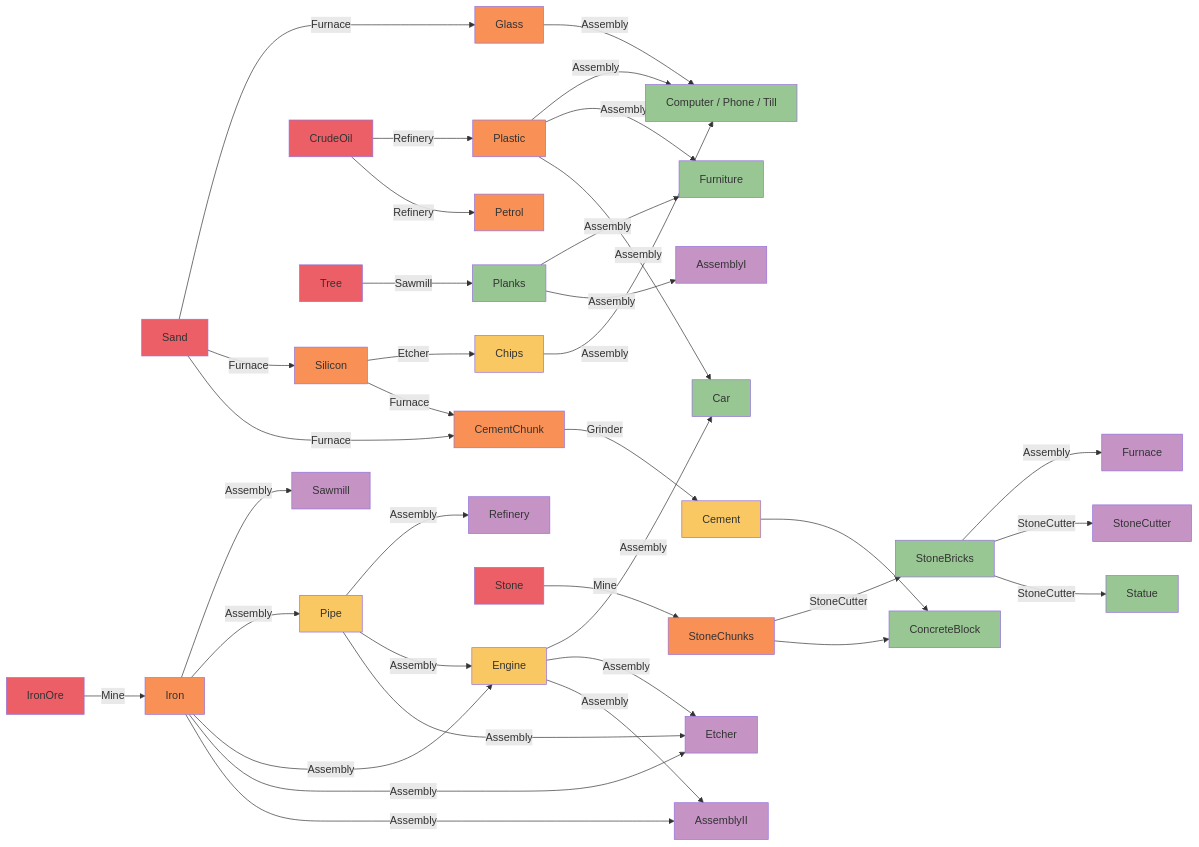
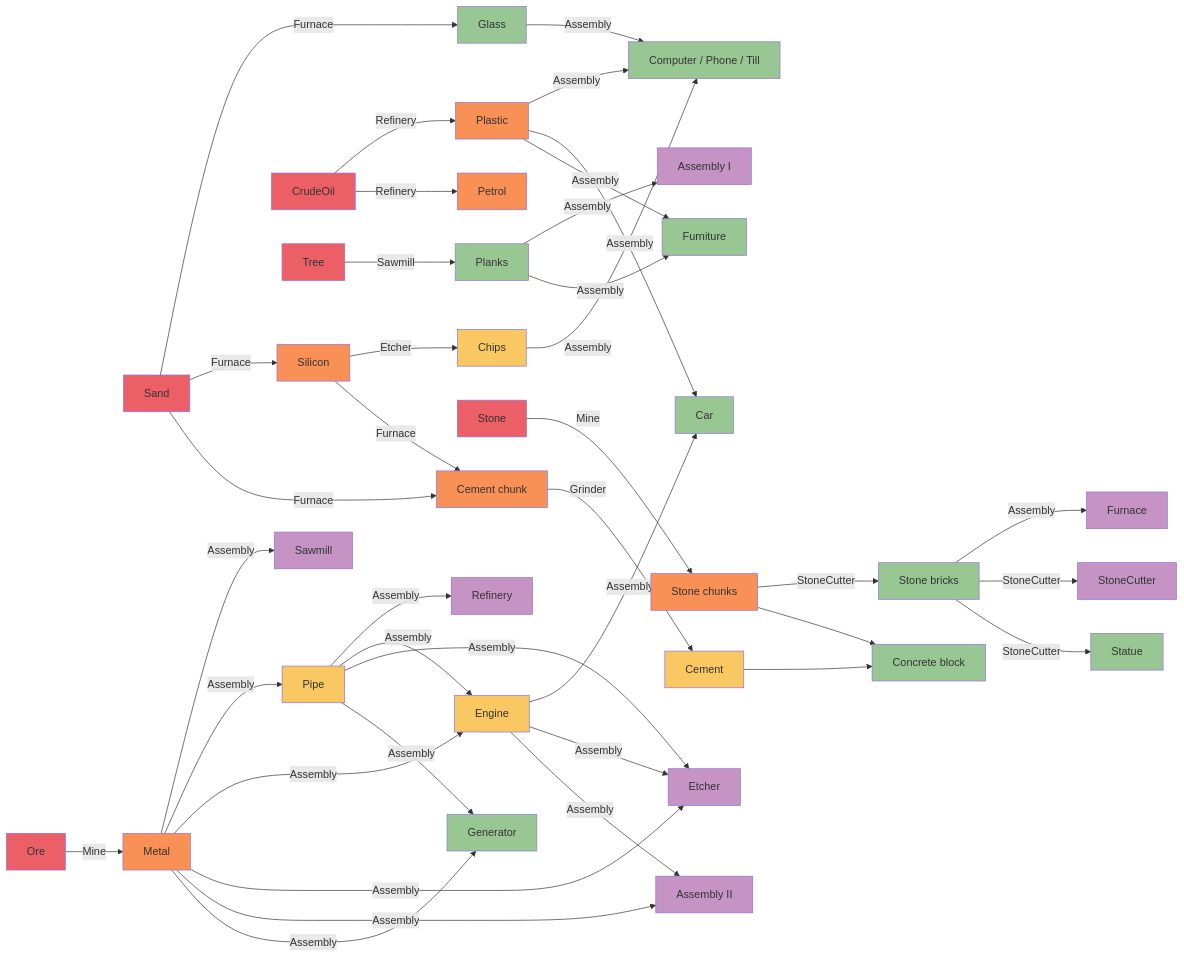
Before and after one commit to CapitalismGame/capitalism_game: the diagram in docs/crafting.mermaid, drawn with Mermaid.

Commit message:
Update craft tree

```diff
--- a/docs/crafting.mermaid
+++ b/docs/crafting.mermaid
@@ -1,68 +1,76 @@
 graph LR
     Tech[Computer / Phone / Till]
+    AssemblyI[Assembly I]
+    AssemblyII[Assembly II]
+    StoneBricks[Stone bricks]
+    StoneChunks[Stone chunks]
+    CementChunk[Cement chunk]
+    ConcreteBlock[Concrete block]
+
 
     Sand -- Furnace --> Glass
     Sand -- Furnace --> Silicon
 
     Silicon -- Etcher --> Chips
 
     CrudeOil -- Refinery --> Plastic
     CrudeOil -- Refinery --> Petrol
 
     Glass -- Assembly --> Tech
     Plastic -- Assembly --> Tech
     Chips -- Assembly --> Tech
 
-    Tree -- Sawmill --> Planks
-
-    Plastic -- Assembly --> Furniture
-    Planks -- Assembly --> Furniture
-
-    IronOre -- Mine --> Iron
-    Iron -- Assembly --> Sawmill
-    Iron -- Assembly --> Pipe
-    Pipe -- Assembly --> Refinery
-
-    Iron -- Assembly --> Engine
-    Pipe -- Assembly --> Engine
-
-    Plastic -- Assembly --> Car
-    Engine -- Assembly --> Car
-
-    Iron -- Assembly --> Etcher
-    Pipe -- Assembly --> Etcher
-    Engine -- Assembly --> Etcher
-
-    Iron -- Assembly --> AssemblyII
-    Engine -- Assembly --> AssemblyII
-
-    Planks -- Assembly --> AssemblyI
-
     Stone -- Mine --> StoneChunks
     StoneChunks -- StoneCutter --> StoneBricks
     StoneBricks -- Assembly --> Furnace
     StoneBricks -- StoneCutter --> StoneCutter
     StoneBricks -- StoneCutter --> Statue
 
     Silicon -- Furnace --> CementChunk
     Sand -- Furnace  --> CementChunk
     CementChunk -- Grinder --> Cement
     Cement --> ConcreteBlock
     StoneChunks --> ConcreteBlock
 
+    Tree -- Sawmill --> Planks
+    Planks -- Assembly --> AssemblyI
+
+    Ore -- Mine --> Metal
+    Metal -- Assembly --> Sawmill
+    Metal -- Assembly --> Pipe
+    Pipe -- Assembly --> Refinery
+
+    Metal -- Assembly --> Engine
+    Pipe -- Assembly --> Engine
+
+    Plastic -- Assembly --> Car
+    Engine -- Assembly --> Car
+
+    Metal -- Assembly --> Etcher
+    Pipe -- Assembly --> Etcher
+    Engine -- Assembly --> Etcher
+
+    Metal -- Assembly --> AssemblyII
+    Engine -- Assembly --> AssemblyII
+
+    Pipe -- Assembly --> Generator
+    Metal -- Assembly --> Generator
+
+    Plastic -- Assembly --> Furniture
+    Planks -- Assembly --> Furniture
 
 
     classDef product fill:#99C794;
-    class Tech,Furniture,Car,Statue,ConcreteBlock,Planks,StoneBricks product;
+    class Tech,Furniture,Car,Statue,ConcreteBlock,Planks,StoneBricks,Generator,Glass product;
 
     classDef production fill:#C594C5;
     class AssemblyI,AssemblyII,Etcher,Refinery,Furnace,StoneCutter,Sawmill production;
 
     classDef raw fill:#EC5f67;
-    class Stone,IronOre,Sand,Tree,CrudeOil raw;
+    class Stone,Ore,Sand,Tree,CrudeOil raw;
 
     classDef l1 fill:#F99157;
-    class Iron,StoneChunks,Silicon,Petrol,Plastic,Glass,CementChunk l1;
+    class Metal,StoneChunks,Silicon,Petrol,Plastic,CementChunk l1;
 
     classDef l2 fill:#FAC863;
     class Pipe,Chips,Engine,Cement l2;
```
